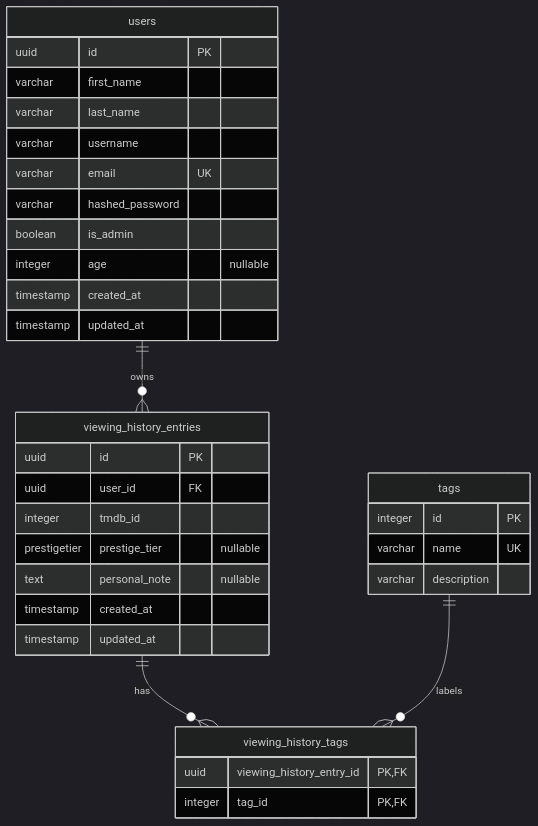
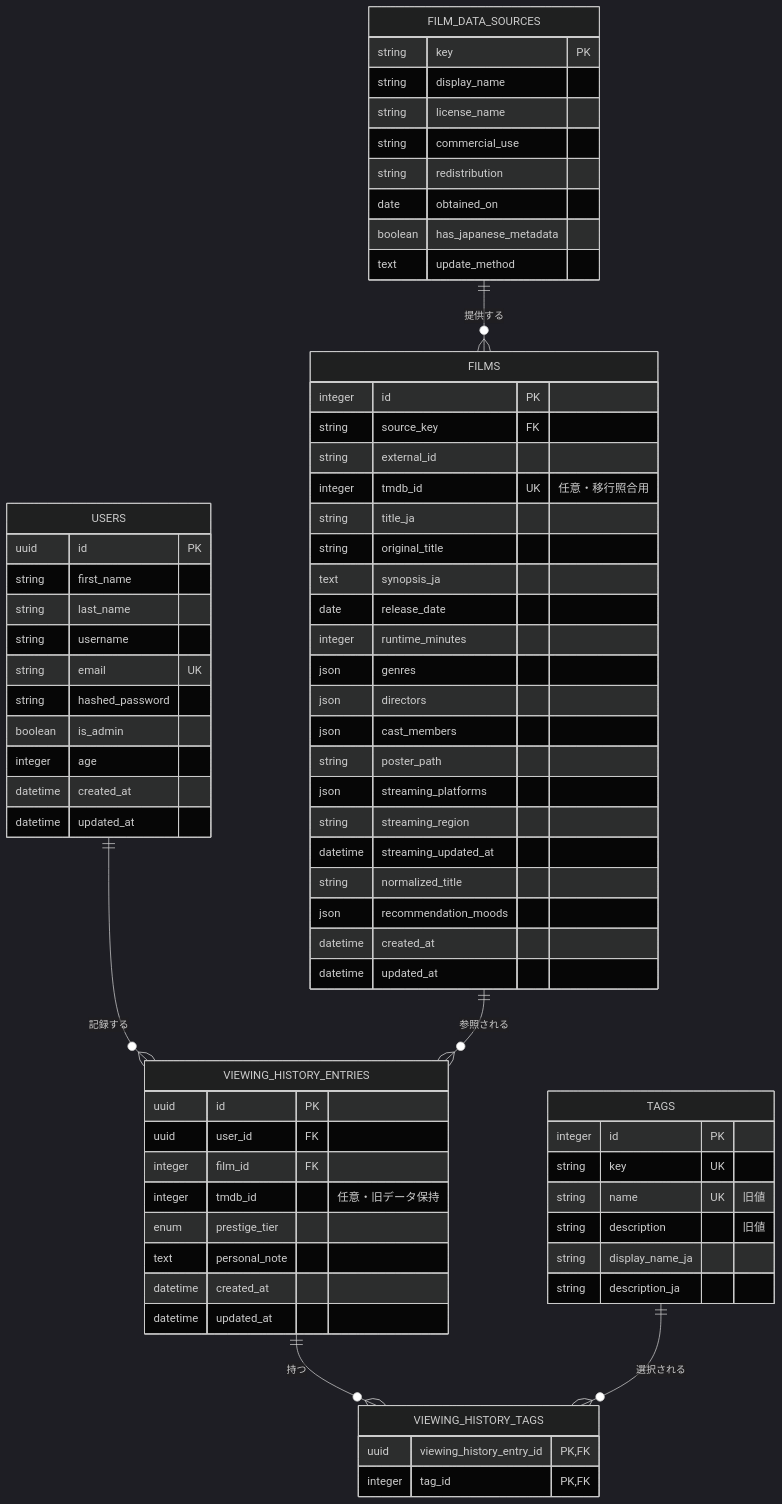
The diagram in docs/diagrams/ERDiagram.md (zahin-dev/Film-like), drawn with Mermaid (dark theme) before and after one commit. The commit also changed other lines of this file and 89 other files, not shown here.

First line of the commit message:
Add Japanese offline film catalog (#5)

````diff
--- a/docs/diagrams/ERDiagram.md
+++ b/docs/diagrams/ERDiagram.md
@@ -7,40 +3,80 @@
 ```mermaid
 erDiagram
-    users {
+    USERS ||--o{ VIEWING_HISTORY_ENTRIES : "記録する"
+    FILM_DATA_SOURCES ||--o{ FILMS : "提供する"
+    FILMS ||--o{ VIEWING_HISTORY_ENTRIES : "参照される"
+    VIEWING_HISTORY_ENTRIES ||--o{ VIEWING_HISTORY_TAGS : "持つ"
+    TAGS ||--o{ VIEWING_HISTORY_TAGS : "選択される"
+
+    USERS {
         uuid id PK
-        varchar first_name
-        varchar last_name
-        varchar username
-        varchar email UK
-        varchar hashed_password
+        string first_name
+        string last_name
+        string username
+        string email UK
+        string hashed_password
         boolean is_admin
-        integer age "nullable"
-        timestamp created_at
-        timestamp updated_at
+        integer age
+        datetime created_at
+        datetime updated_at
     }
 
-    viewing_history_entries {
+    FILM_DATA_SOURCES {
+        string key PK
+        string display_name
+        string license_name
+        string commercial_use
+        string redistribution
+        date obtained_on
+        boolean has_japanese_metadata
+        text update_method
+    }
+
+    FILMS {
+        integer id PK
+        string source_key FK
+        string external_id
+        integer tmdb_id UK "任意・移行照合用"
+        string title_ja
+        string original_title
+        text synopsis_ja
+        date release_date
+        integer runtime_minutes
+        json genres
+        json directors
+        json cast_members
+        string poster_path
+        json streaming_platforms
+        string streaming_region
+        datetime streaming_updated_at
+        string normalized_title
+        json recommendation_moods
+        datetime created_at
+        datetime updated_at
+    }
+
+    VIEWING_HISTORY_ENTRIES {
         uuid id PK
         uuid user_id FK
-        integer tmdb_id
-        prestigetier prestige_tier "nullable"
-        text personal_note "nullable"
-        timestamp created_at
-        timestamp updated_at
+        integer film_id FK
+        integer tmdb_id "任意・旧データ保持"
+        enum prestige_tier
+        text personal_note
+        datetime created_at
+        datetime updated_at
     }
 
-    tags {
+    TAGS {
         integer id PK
-        varchar name UK
-        varchar description
+        string key UK
+        string name UK "旧値"
+        string description "旧値"
+        string display_name_ja
+        string description_ja
     }
 
-    viewing_history_tags {
+    VIEWING_HISTORY_TAGS {
         uuid viewing_history_entry_id PK,FK
         integer tag_id PK,FK
     }
-
-    users ||--o{ viewing_history_entries : owns
-    viewing_history_entries ||--o{ viewing_history_tags : has
-    tags ||--o{ viewing_history_tags : labels
 ```
````
